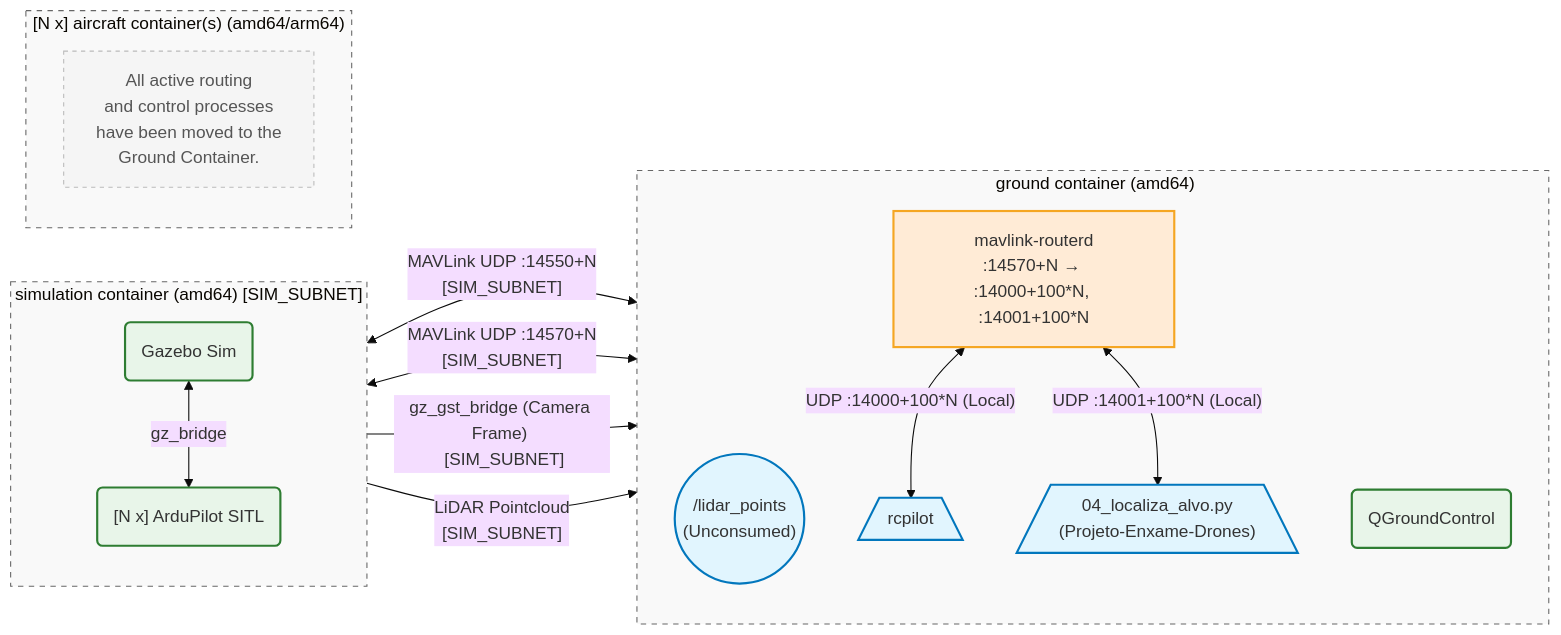
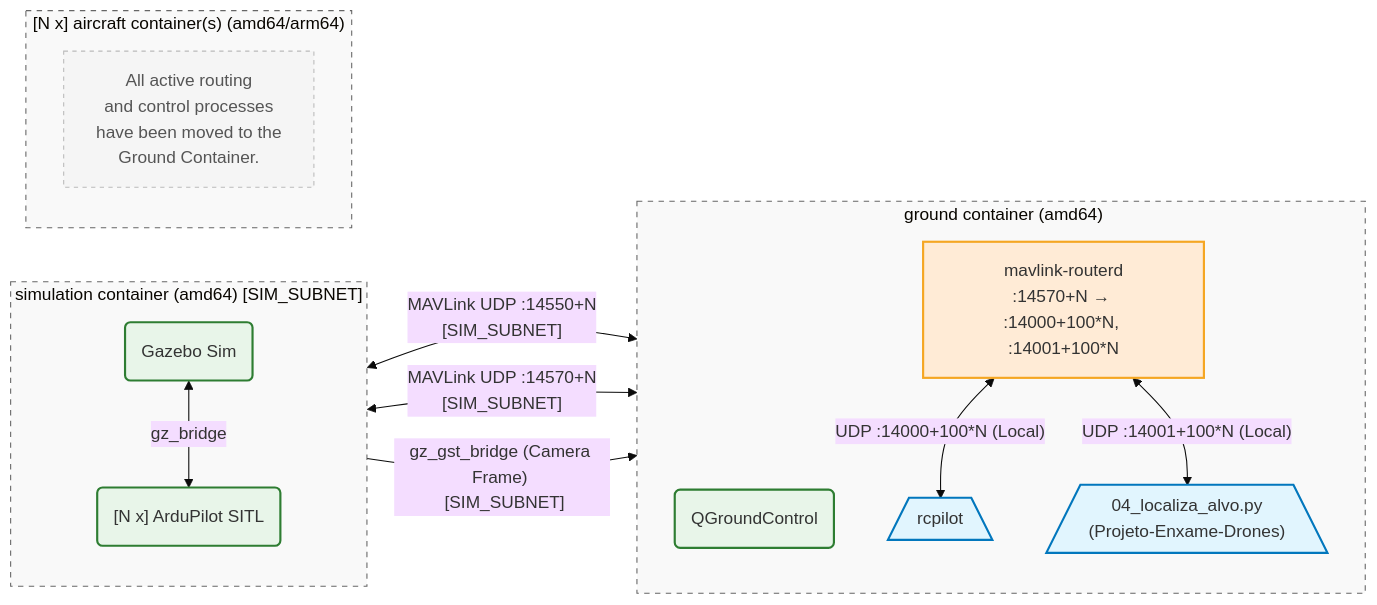
One commit to droneswarmufpe/aerial-autonomy-stack changed the second of 2 diagrams in README.md. Above: the diagram before and after it, drawn with Mermaid. The commit also changed other lines of this file and 11 other files, not shown here.

````diff
--- a/README.md
+++ b/README.md
@@ -72,42 +70,40 @@
 ```mermaid
 %%{init: {'theme': 'base', 'themeVariables': { 'fontFamily': 'monospace'}}}%%
 flowchart LR
     subgraph sim ["simulation container (amd64) [SIM_SUBNET]"]
         direction TB
         gz(Gazebo Sim):::resource
         sitl("[N x] ArduPilot SITL"):::resource
         gz <--> |"gz_bridge"| sitl
     end
 
     subgraph gnd ["#nbsp;ground#nbsp;container#nbsp;(amd64)"]
         direction TB
-        lidar_in(("/lidar_points<br/>(Unconsumed)")):::algo
         qgc(QGroundControl):::resource
 
         mavrouter["mavlink-routerd<br/>:14570+N → :14000+100*N, :14001+100*N"]:::bridge
         rcpilot[/"rcpilot"\]:::algo
         script04[/"04_localiza_alvo.py<br/>(Projeto-Enxame-Drones)"\]:::algo
 
         mavrouter <--> |"UDP :14000+100*N (Local)"| rcpilot
         mavrouter <--> |"UDP :14001+100*N (Local)"| script04
     end
 
     subgraph air ["[N#nbsp;x]#nbsp;aircraft#nbsp;container(s)#nbsp;(amd64/arm64)"]
         direction TB
         idle_node["All active routing<br/>and control processes<br/>have been moved to the<br/>Ground Container."]:::idleStyle
     end
 
     %% External Network Routing
     sitl <--> |"MAVLink UDP :14550+N <br/> [SIM_SUBNET]"| qgc
     sitl <--> |"MAVLink UDP :14570+N <br/> [SIM_SUBNET]"| mavrouter
     gz --> |"gz_gst_bridge (Camera Frame) <br/> [SIM_SUBNET]"| script04
-    gz --> |"LiDAR Pointcloud <br/> [SIM_SUBNET]"| lidar_in
 
     classDef bridge fill:#ffebd6,stroke:#f5a623,stroke-width:2px;
     classDef algo fill:#e1f5fe,stroke:#0277bd,stroke-width:2px;
     classDef resource fill:#e8f5e9,stroke:#2e7d32,stroke-width:2px;
     classDef whiteStyle fill:#f9f9f9,stroke:#666,stroke-width:1px,stroke-dasharray: 5 5;
     classDef idleStyle fill:#f5f5f5,stroke:#bbb,stroke-width:1px,color:#555,stroke-dasharray: 4 4;
     
     class sim,air,gnd whiteStyle;
 ```
````
